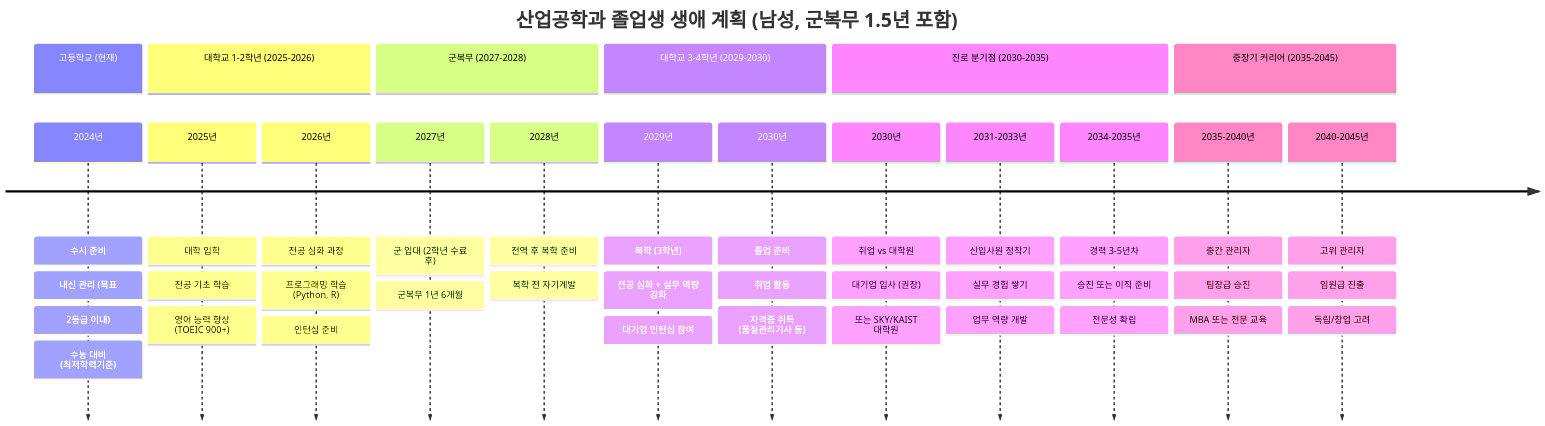
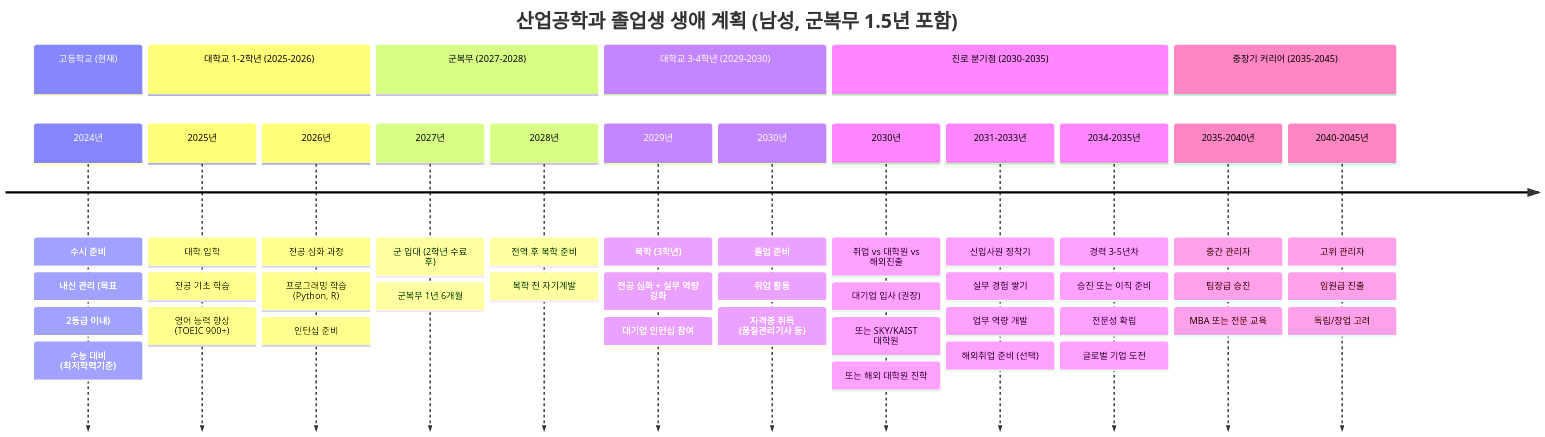
Before and after one commit to didghwns0514/uni-search: the first of 9 diagrams in README.md, drawn with Mermaid. The commit also changed other lines of this file and 2 other files, not shown here.

````diff
--- a/README.md
+++ b/README.md
@@ -72,50 +72,53 @@
 ```mermaid
 timeline
     title 산업공학과 졸업생 생애 계획 (남성, 군복무 1.5년 포함)
 
     section 고등학교 (현재)
         2024년 : 수시 준비
                : 내신 관리 (목표: 2등급 이내)
                : 수능 대비 (최저학력기준)
 
     section 대학교 1-2학년 (2025-2026)
         2025년 : 대학 입학
                : 전공 기초 학습
                : 영어 능력 향상 (TOEIC 900+)
         2026년 : 전공 심화 과정
                : 프로그래밍 학습 (Python, R)
                : 인턴십 준비
 
     section 군복무 (2027-2028)
         2027년 : 군 입대 (2학년 수료 후)
                : 군복무 1년 6개월
         2028년 : 전역 후 복학 준비
                : 복학 전 자기계발
 
     section 대학교 3-4학년 (2029-2030)
         2029년 : 복학 (3학년)
                : 전공 심화 + 실무 역량 강화
                : 대기업 인턴십 참여
         2030년 : 졸업 준비
                : 취업 활동
                : 자격증 취득 (품질관리기사 등)
 
     section 진로 분기점 (2030-2035)
-        2030년 : 취업 vs 대학원
+        2030년 : 취업 vs 대학원 vs 해외진출
                : 대기업 입사 (권장)
                : 또는 SKY/KAIST 대학원
+               : 또는 해외 대학원 진학
         2031-2033년 : 신입사원 정착기
                     : 실무 경험 쌓기
                     : 업무 역량 개발
+                    : 해외취업 준비 (선택)
         2034-2035년 : 경력 3-5년차
                     : 승진 또는 이직 준비
                     : 전문성 확립
+                    : 글로벌 기업 도전
 
     section 중장기 커리어 (2035-2045)
         2035-2040년 : 중간 관리자
                     : 팀장급 승진
                     : MBA 또는 전문 교육
         2040-2045년 : 고위 관리자
                     : 임원급 진출
                     : 독립/창업 고려
 ```
````
